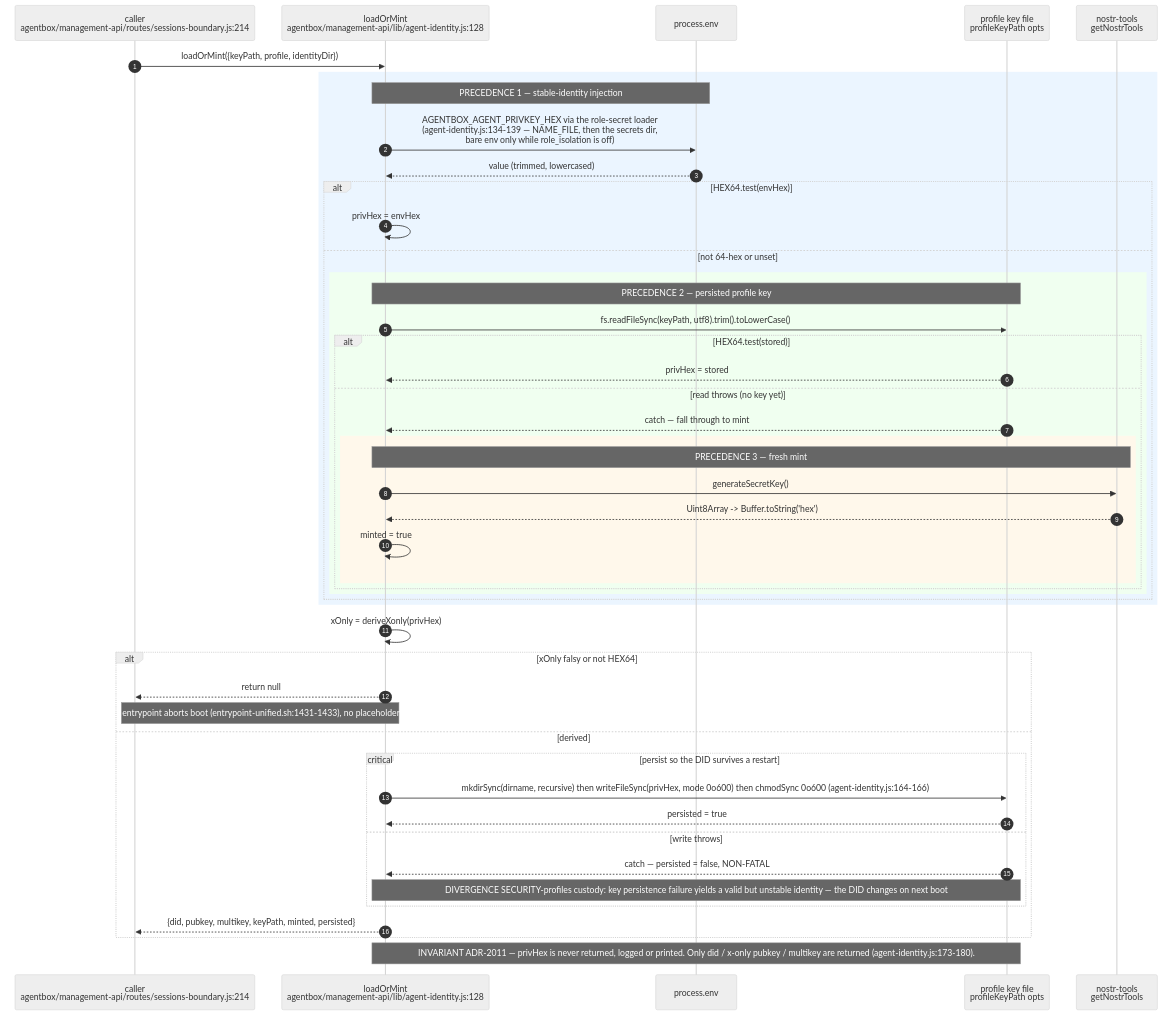
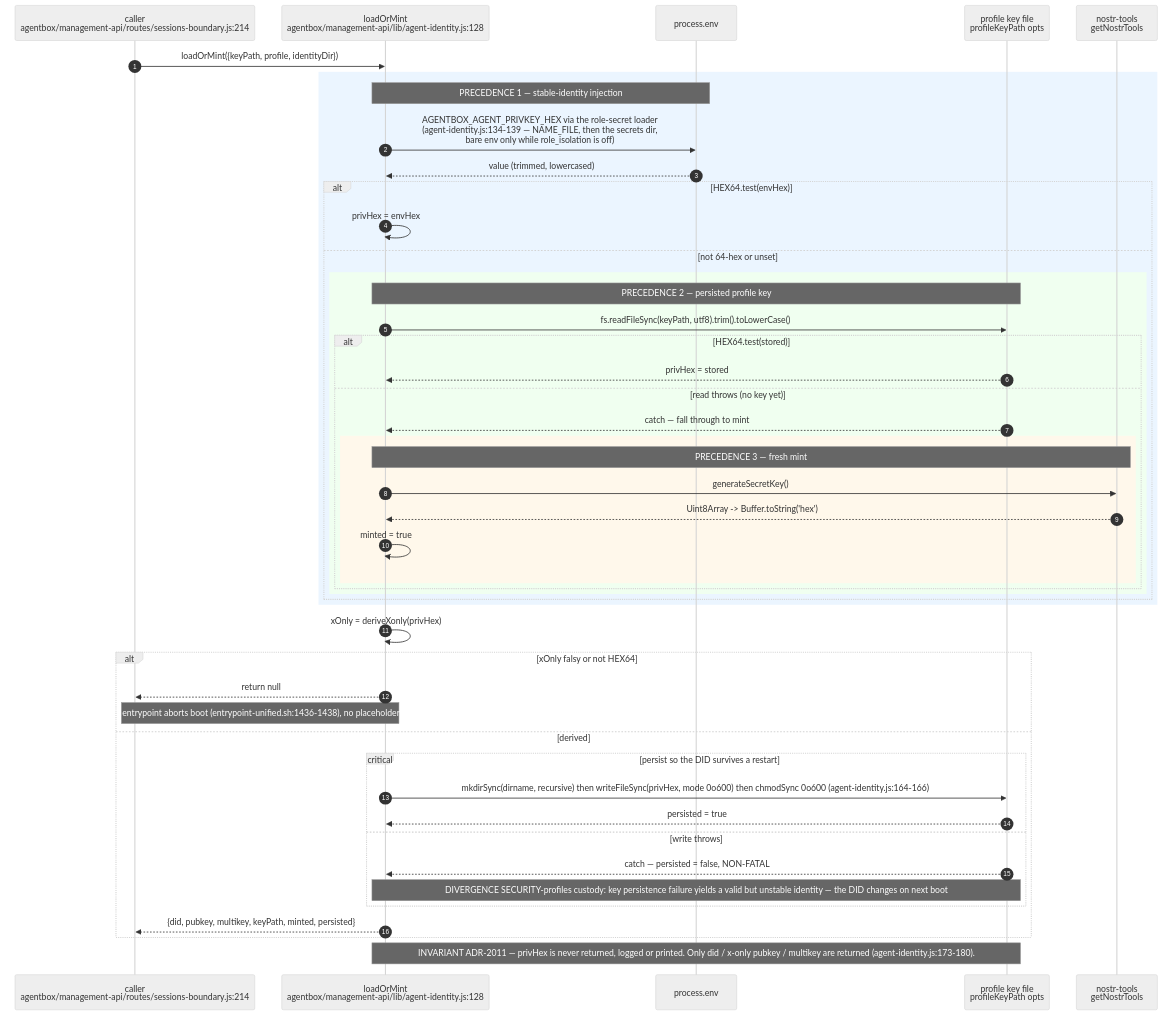
Before and after one commit to DreamLab-AI/VisionFlow: the second of 16 diagrams in docs/diagrams/agentbox/11-identity-did-mandate-authority.md, drawn with Mermaid (neutral theme). The commit also changed other lines of this file and 36 other files, not shown here.

First line of the commit message:
docs(diagrams): re-derive and re-stamp agentbox, dream-engine, visioncraft, visiontouch and vowl topics; drop LAN addresses

````diff
--- a/docs/diagrams/agentbox/11-identity-did-mandate-authority.md
+++ b/docs/diagrams/agentbox/11-identity-did-mandate-authority.md
@@ -103,50 +107,50 @@
 ```mermaid
 sequenceDiagram
     autonumber
     participant CALLER as caller<br/>agentbox/management-api/routes/sessions-boundary.js:214
     participant AI as loadOrMint<br/>agentbox/management-api/lib/agent-identity.js:128
     participant ENV as process.env
     participant FS as profile key file<br/>profileKeyPath opts
     participant NT as nostr-tools<br/>getNostrTools
 
     CALLER->>AI: loadOrMint({keyPath, profile, identityDir})
     rect rgb(235,245,255)
     Note over AI,ENV: PRECEDENCE 1 — stable-identity injection
     AI->>ENV: AGENTBOX_AGENT_PRIVKEY_HEX via the role-secret loader<br/>(agent-identity.js:134-139 — NAME_FILE, then the secrets dir,<br/>bare env only while role_isolation is off)
     ENV-->>AI: value (trimmed, lowercased)
     alt HEX64.test(envHex)
         AI->>AI: privHex = envHex
     else not 64-hex or unset
         rect rgb(240,255,240)
         Note over AI,FS: PRECEDENCE 2 — persisted profile key
         AI->>FS: fs.readFileSync(keyPath, utf8).trim().toLowerCase()
         alt HEX64.test(stored)
             FS-->>AI: privHex = stored
         else read throws (no key yet)
             FS-->>AI: catch — fall through to mint
             rect rgb(255,248,235)
             Note over AI,NT: PRECEDENCE 3 — fresh mint
             AI->>NT: generateSecretKey()
             NT-->>AI: Uint8Array -> Buffer.toString('hex')
             AI->>AI: minted = true
             end
         end
         end
     end
     end
     AI->>AI: xOnly = deriveXonly(privHex)
     alt xOnly falsy or not HEX64
         AI-->>CALLER: return null
-        Note over AI,CALLER: the CLI exits non-zero and the entrypoint aborts boot (entrypoint-unified.sh:1431-1433), no placeholder identity survives. see AB-11.3
+        Note over AI,CALLER: the CLI exits non-zero and the entrypoint aborts boot (entrypoint-unified.sh:1436-1438), no placeholder identity survives. see AB-11.3
     else derived
         critical persist so the DID survives a restart
             AI->>FS: mkdirSync(dirname, recursive) then writeFileSync(privHex, mode 0o600) then chmodSync 0o600 (agent-identity.js:164-166)
             FS-->>AI: persisted = true
         option write throws
             FS-->>AI: catch — persisted = false, NON-FATAL
             Note over AI,FS: DIVERGENCE SECURITY-profiles custody: key persistence failure yields a valid but unstable identity — the DID changes on next boot
         end
         AI-->>CALLER: {did, pubkey, multikey, keyPath, minted, persisted}
     end
     Note over AI,FS: INVARIANT ADR-2011 — privHex is never returned, logged or printed. Only did / x-only pubkey / multikey are returned (agent-identity.js:173-180).
 ```
````
